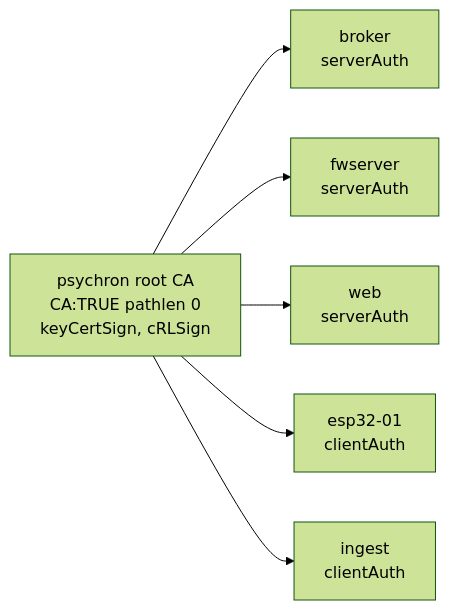
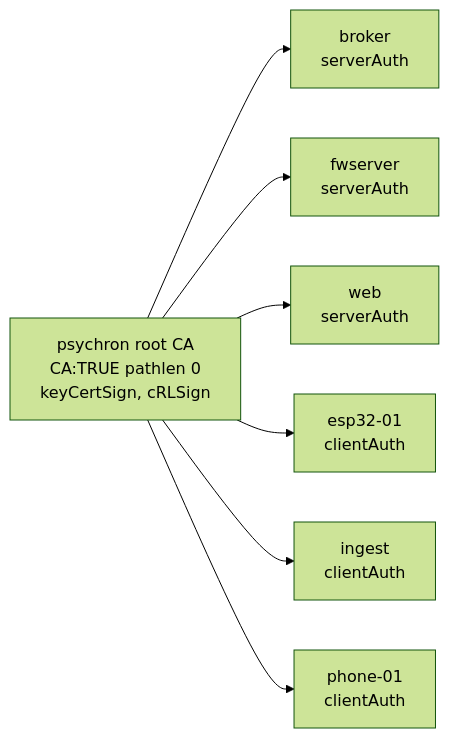
Before and after one commit to Zoel-Manchon/psychron: the fifth of 5 diagrams in README.md, drawn with Mermaid (forest theme). The commit also changed other lines of this file and 16 other files, not shown here.

````diff
--- a/README.md
+++ b/README.md
@@ -144,9 +203,10 @@
 ```mermaid
 flowchart LR
     CA["psychron root CA<br/>CA#58;TRUE pathlen 0<br/>keyCertSign, cRLSign"]
     CA --> S1["broker<br/>serverAuth"]
     CA --> S2["fwserver<br/>serverAuth"]
     CA --> S3["web<br/>serverAuth"]
     CA --> C1["esp32-01<br/>clientAuth"]
     CA --> C2["ingest<br/>clientAuth"]
+    CA --> C3["phone-01<br/>clientAuth"]
 ```
````
